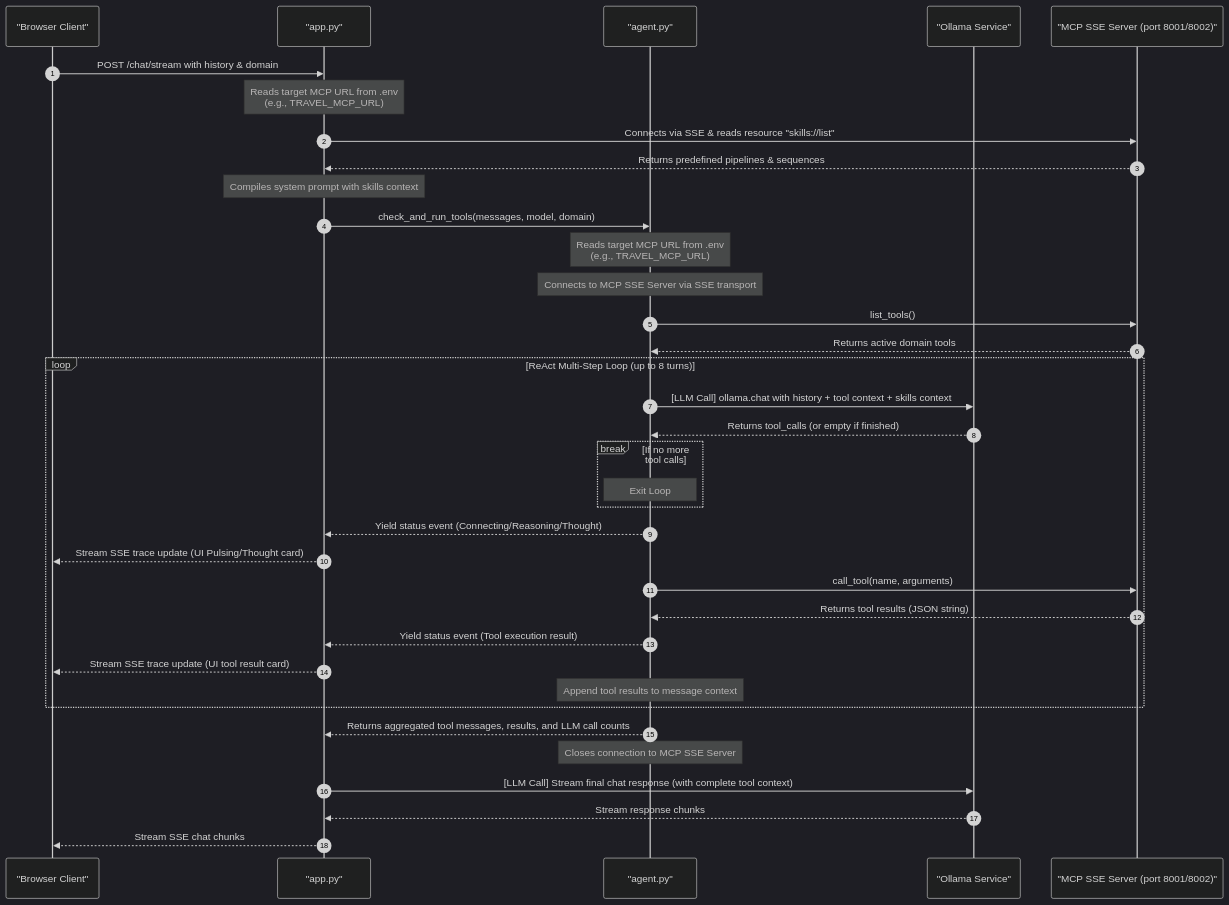
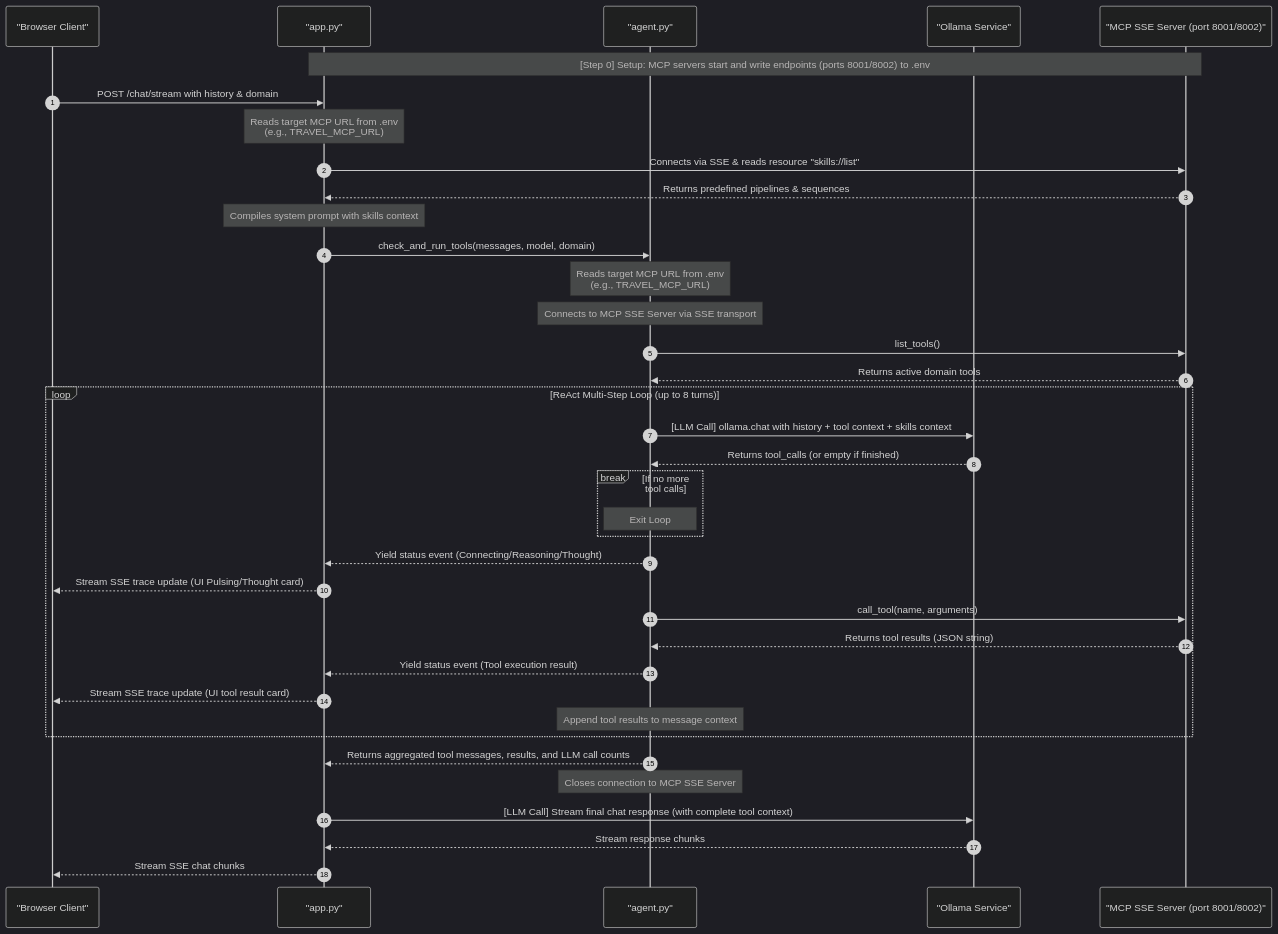
One commit to vdonthireddy/ollama-gemma-agents-mcp-skills changed the second of 5 diagrams in README.md. Above: the diagram before and after it, drawn with Mermaid (dark theme). The commit also changed other lines of this file, not shown here.

Commit message:
docs: complete symmetrical step-by-step trace for Party planner in README

````diff
--- a/README.md
+++ b/README.md
@@ -43,41 +43,42 @@
 ```mermaid
 sequenceDiagram
     autonumber
     participant Client as "Browser Client"
     participant App as "app.py"
     participant Agent as "agent.py"
     participant Ollama as "Ollama Service"
     participant MCPServer as "MCP SSE Server (port 8001/8002)"
 
+    Note over App,MCPServer: [Step 0] Setup: MCP servers start and write endpoints (ports 8001/8002) to .env
     Client->>App: POST /chat/stream with history & domain
     Note over App: Reads target MCP URL from .env<br/>(e.g., TRAVEL_MCP_URL)
     App->>MCPServer: Connects via SSE & reads resource "skills://list"
     MCPServer-->>App: Returns predefined pipelines & sequences
     Note over App: Compiles system prompt with skills context
     App->>Agent: check_and_run_tools(messages, model, domain)
     Note over Agent: Reads target MCP URL from .env<br/>(e.g., TRAVEL_MCP_URL)
     Note over Agent: Connects to MCP SSE Server via SSE transport
     Agent->>MCPServer: list_tools()
     MCPServer-->>Agent: Returns active domain tools
     
     loop ReAct Multi-Step Loop (up to 8 turns)
         Agent->>Ollama: [LLM Call] ollama.chat with history + tool context + skills context
         Ollama-->>Agent: Returns tool_calls (or empty if finished)
         break If no more tool calls
             Note over Agent: Exit Loop
         end
         Agent-->>App: Yield status event (Connecting/Reasoning/Thought)
         App-->>Client: Stream SSE trace update (UI Pulsing/Thought card)
         Agent->>MCPServer: call_tool(name, arguments)
         MCPServer-->>Agent: Returns tool results (JSON string)
         Agent-->>App: Yield status event (Tool execution result)
         App-->>Client: Stream SSE trace update (UI tool result card)
         Note over Agent: Append tool results to message context
     end
     
     Agent-->>App: Returns aggregated tool messages, results, and LLM call counts
     Note over Agent: Closes connection to MCP SSE Server
     App->>Ollama: [LLM Call] Stream final chat response (with complete tool context)
     Ollama-->>App: Stream response chunks
     App-->>Client: Stream SSE chat chunks
 ```
````
